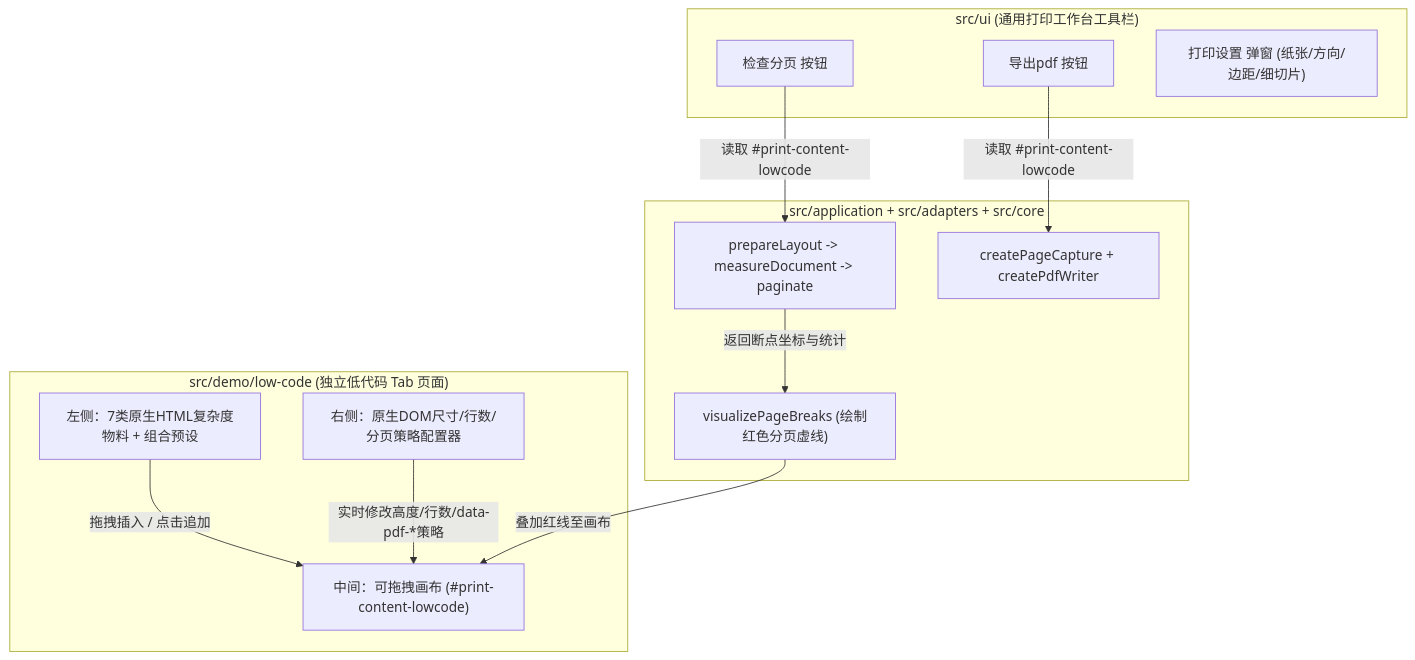
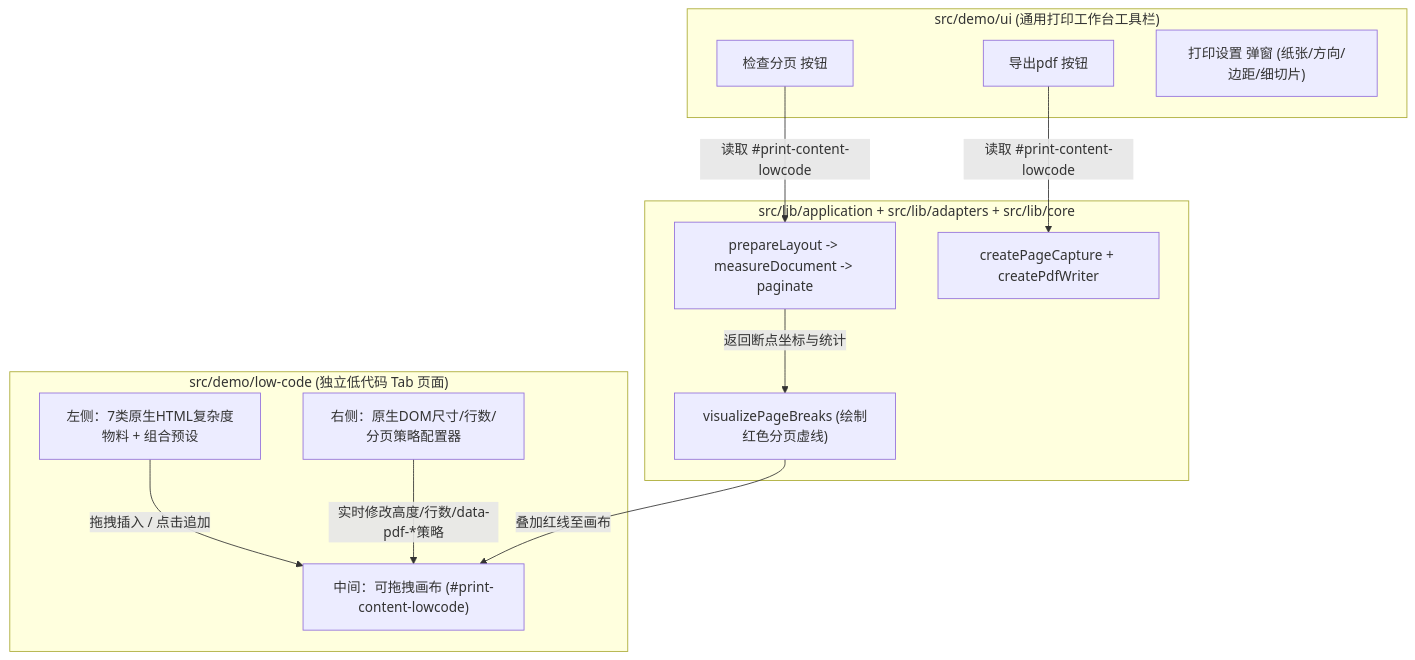
One commit to darialan/pdf-demo changed the diagram in docs/lowcode-print-platform-technical-design.md. Above: the diagram before and after it, drawn with Mermaid. The commit also changed other lines of this file and 68 other files, not shown here.

First line of the commit message:
feat: 库源码收敛到 src/lib 并以包名自我引用

````diff
--- a/docs/lowcode-print-platform-technical-design.md
+++ b/docs/lowcode-print-platform-technical-design.md
@@ -106,28 +106,28 @@
 ```mermaid
 flowchart TB
-  subgraph TopBar["src/ui (通用打印工作台工具栏)"]
+  subgraph TopBar["src/demo/ui (通用打印工作台工具栏)"]
     BtnExport["导出pdf 按钮"]
     BtnInspect["检查分页 按钮"]
     BtnSettings["打印设置 弹窗 (纸张/方向/边距/细切片)"]
   end
 
   subgraph LowCodeTab["src/demo/low-code (独立低代码 Tab 页面)"]
     LeftPalette["左侧：7类原生HTML复杂度物料 + 组合预设"]
     CenterCanvas["中间：可拖拽画布 (#print-content-lowcode)"]
     RightInspector["右侧：原生DOM尺寸/行数/分页策略配置器"]
 
     LeftPalette -->|"拖拽插入 / 点击追加"| CenterCanvas
     RightInspector -->|"实时修改高度/行数/data-pdf-*策略"| CenterCanvas
   end
 
-  subgraph Engine["src/application + src/adapters + src/core"]
+  subgraph Engine["src/lib/application + src/lib/adapters + src/lib/core"]
     Pipeline["prepareLayout -> measureDocument -> paginate"]
     Overlay["visualizePageBreaks (绘制红色分页虚线)"]
     PDF["createPageCapture + createPdfWriter"]
   end
 
   BtnInspect -->|"读取 #print-content-lowcode"| Pipeline
   Pipeline -->|"返回断点坐标与统计"| Overlay
   Overlay -->|"叠加红线至画布"| CenterCanvas
   BtnExport -->|"读取 #print-content-lowcode"| PDF
 ```
````
